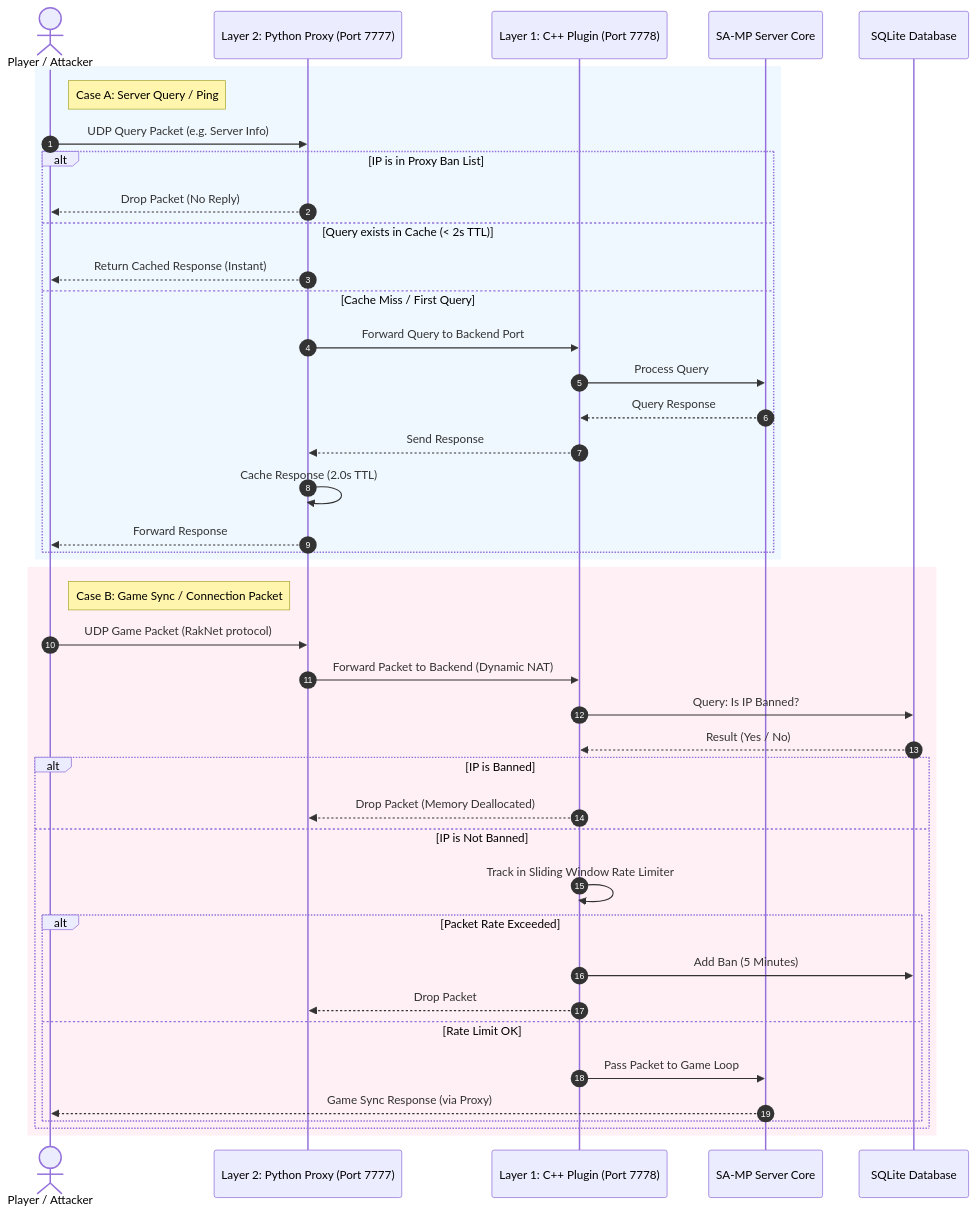
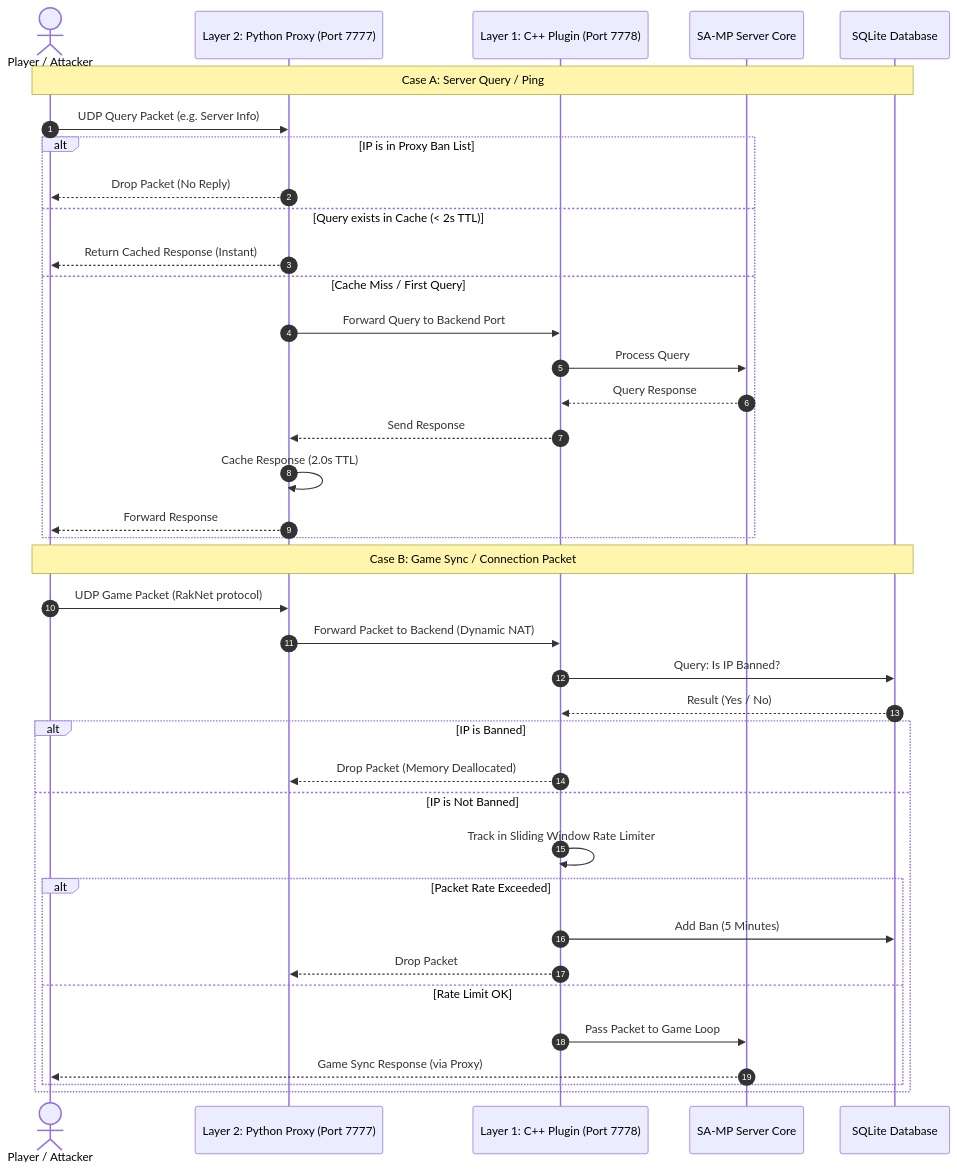
The diagram in README.md (fa33az/shieldwall), drawn with Mermaid before and after one commit.

Commit message:
Remove colored rect containers from README.md Mermaid diagram for theme consistency

````diff
--- a/README.md
+++ b/README.md
@@ -11,46 +11,42 @@
 ```mermaid
 sequenceDiagram
     autonumber
     actor Client as Player / Attacker
     participant Proxy as Layer 2: Python Proxy (Port 7777)
     participant Plugin as Layer 1: C++ Plugin (Port 7778)
     participant Server as SA-MP Server Core
     participant DB as SQLite Database
 
-    rect rgb(240,248,255)
-        note right of Client: Case A: Server Query / Ping
-        Client->>Proxy: UDP Query Packet (e.g. Server Info)
-        alt IP is in Proxy Ban List
-            Proxy-->>Client: Drop Packet (No Reply)
-        else Query exists in Cache (< 2s TTL)
-            Proxy-->>Client: Return Cached Response (Instant)
-        else Cache Miss / First Query
-            Proxy->>Plugin: Forward Query to Backend Port
-            Plugin->>Server: Process Query
-            Server-->>Plugin: Query Response
-            Plugin-->>Proxy: Send Response
-            Proxy->>Proxy: Cache Response (2.0s TTL)
-            Proxy-->>Client: Forward Response
-        end
+    note over Client, DB: Case A: Server Query / Ping
+    Client->>Proxy: UDP Query Packet (e.g. Server Info)
+    alt IP is in Proxy Ban List
+        Proxy-->>Client: Drop Packet (No Reply)
+    else Query exists in Cache (< 2s TTL)
+        Proxy-->>Client: Return Cached Response (Instant)
+    else Cache Miss / First Query
+        Proxy->>Plugin: Forward Query to Backend Port
+        Plugin->>Server: Process Query
+        Server-->>Plugin: Query Response
+        Plugin-->>Proxy: Send Response
+        Proxy->>Proxy: Cache Response (2.0s TTL)
+        Proxy-->>Client: Forward Response
     end
 
-    rect rgb(255,240,245)
-        note right of Client: Case B: Game Sync / Connection Packet
-        Client->>Proxy: UDP Game Packet (RakNet protocol)
-        Proxy->>Plugin: Forward Packet to Backend (Dynamic NAT)
-        Plugin->>DB: Query: Is IP Banned?
-        DB-->>Plugin: Result (Yes / No)
-        alt IP is Banned
-            Plugin-->>Proxy: Drop Packet (Memory Deallocated)
-        else IP is Not Banned
-            Plugin->>Plugin: Track in Sliding Window Rate Limiter
-            alt Packet Rate Exceeded
-                Plugin->>DB: Add Ban (5 Minutes)
-                Plugin-->>Proxy: Drop Packet
-            else Rate Limit OK
-                Plugin->>Server: Pass Packet to Game Loop
-                Server-->>Client: Game Sync Response (via Proxy)
-            end
+    note over Client, DB: Case B: Game Sync / Connection Packet
+    Client->>Proxy: UDP Game Packet (RakNet protocol)
+    Proxy->>Plugin: Forward Packet to Backend (Dynamic NAT)
+    Plugin->>DB: Query: Is IP Banned?
+    DB-->>Plugin: Result (Yes / No)
+    alt IP is Banned
+        Plugin-->>Proxy: Drop Packet (Memory Deallocated)
+    else IP is Not Banned
+        Plugin->>Plugin: Track in Sliding Window Rate Limiter
+        alt Packet Rate Exceeded
+            Plugin->>DB: Add Ban (5 Minutes)
+            Plugin-->>Proxy: Drop Packet
+        else Rate Limit OK
+            Plugin->>Server: Pass Packet to Game Loop
+            Server-->>Client: Game Sync Response (via Proxy)
         end
     end
 ```
````
